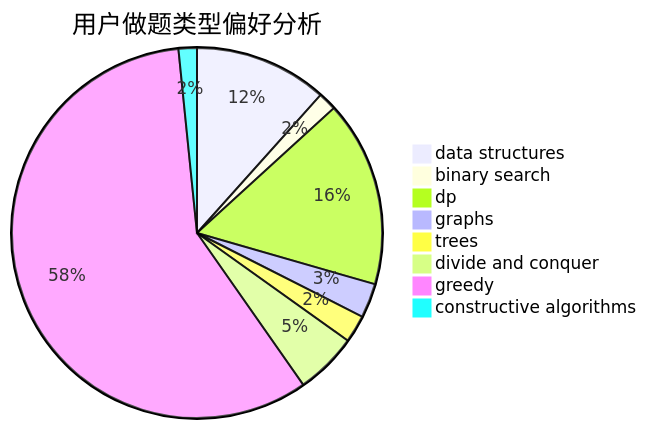
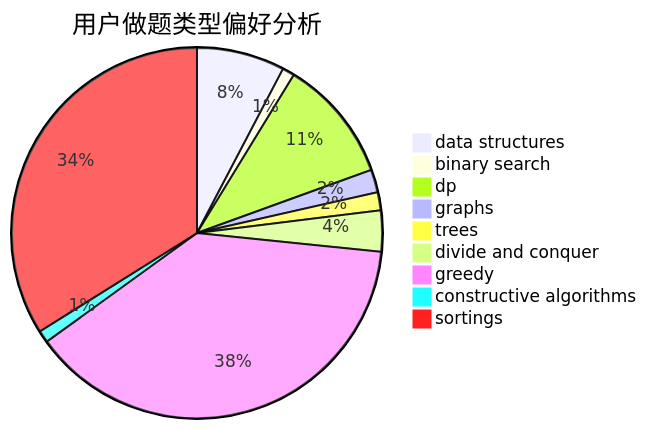
One commit to sherpahu/cfrs.github.io changed the second of 3 diagrams in docs/user/u1892.md. Above: the diagram before and after it, drawn with Mermaid. The commit also changed other lines of this file and 2769 other files, not shown here.

````diff
--- a/docs/user/u1892.md
+++ b/docs/user/u1892.md
@@ -23,11 +18,12 @@
 ```mermaid
 pie title 用户做题类型偏好分析
     "data structures" :  58
     "binary search" :  8
     "dp" :  81
     "graphs" :  15
     "trees" :  12
     "divide and conquer" :  27
     "greedy" :  290
     "constructive algorithms" :  8
+    "sortings" :  256
 ```
````
